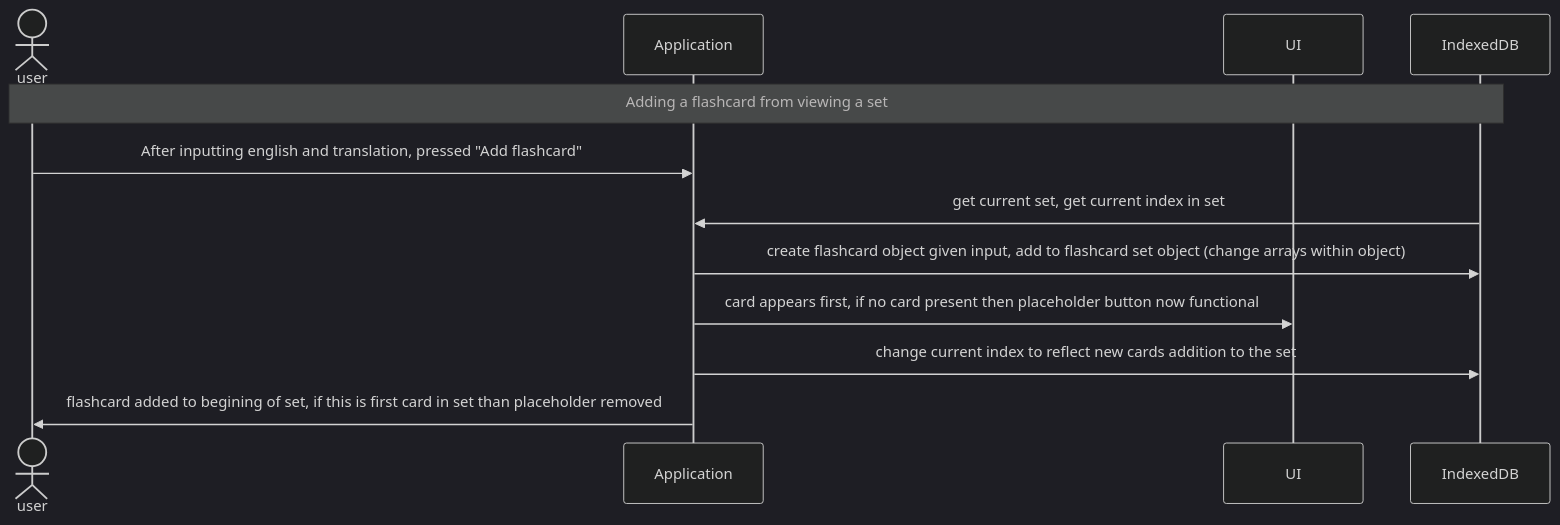
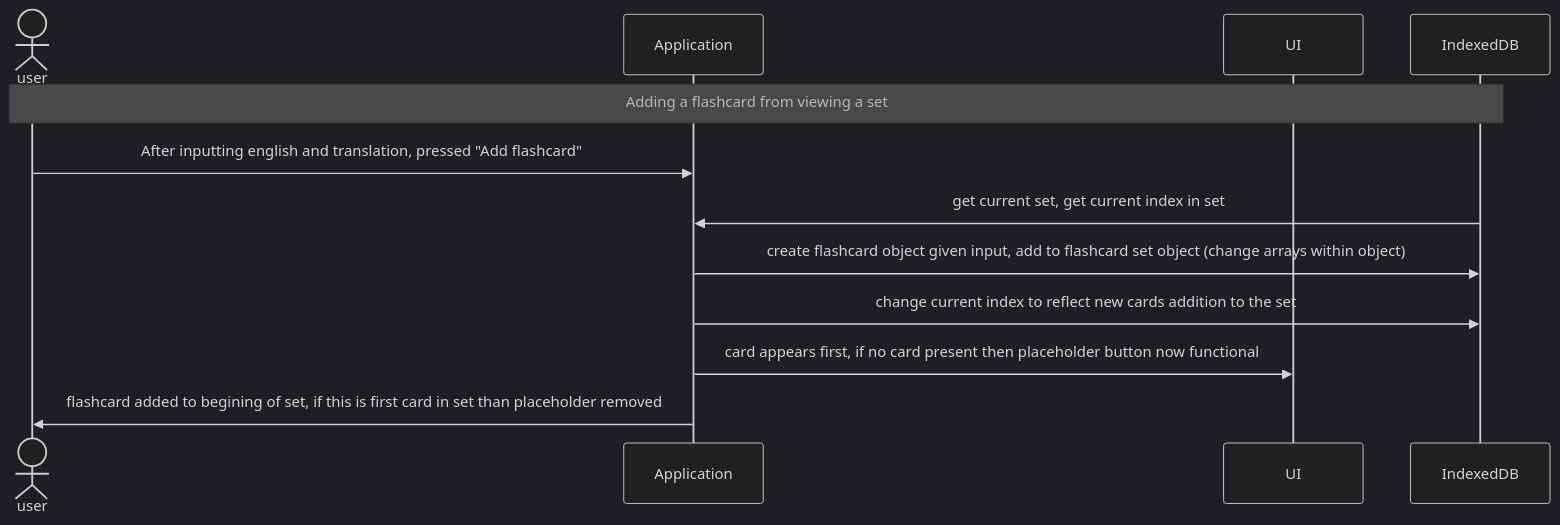
Before and after one commit to Henry-WK/henry-wk.github.io: the diagram in mermaid.md, drawn with Mermaid (dark theme). The commit also changed other lines of this file, not shown here.

````diff
--- a/mermaid.md
+++ b/mermaid.md
@@ -1,15 +1,15 @@
 ```mermaid
   sequenceDiagram
   actor user
   participant app as Application
   participant ui as UI
   participant db as IndexedDB
 
   Note over user,db: Adding a flashcard from viewing a set
   user->>app: After inputting english and translation, pressed "Add flashcard" 
   db->>app: get current set, get current index in set
   app->>db: create flashcard object given input, add to flashcard set object (change arrays within object)
+  app->>db: change current index to reflect new cards addition to the set
   app->>ui: card appears first, if no card present then placeholder button now functional
-  app->>db: change current index to reflect new cards addition to the set
   app->>user: flashcard added to begining of set, if this is first card in set than placeholder removed
 ```
````
